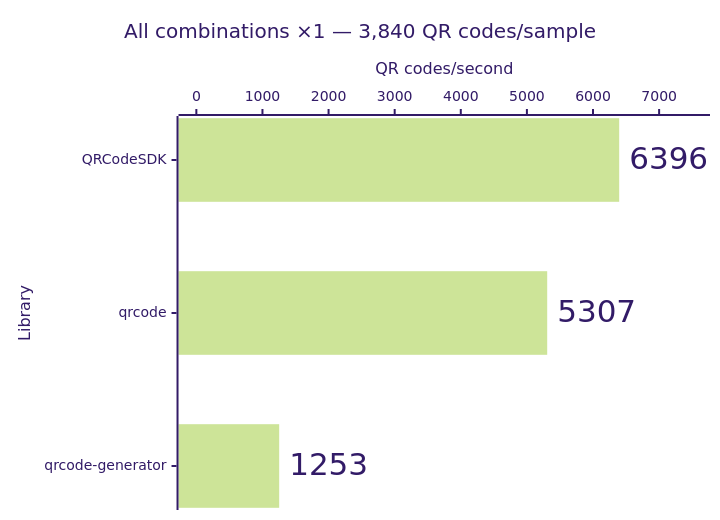
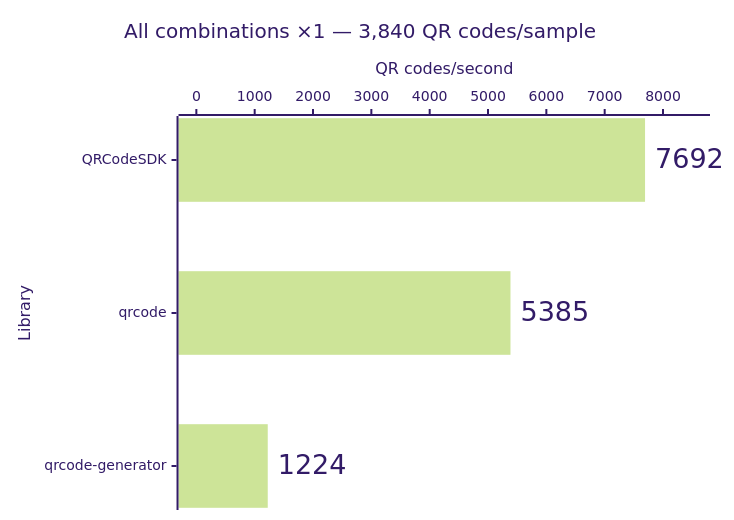
Before and after one commit to Dafnik/qrcodesdk: the fourth of 14 diagrams in apps/docs/src/content/docs/learn/performance.md, drawn with Mermaid (forest theme). The commit also changed other lines of this file, not shown here.

````diff
--- a/apps/docs/src/content/docs/learn/performance.md
+++ b/apps/docs/src/content/docs/learn/performance.md
@@ -77,15 +77,15 @@
 ```mermaid
 ---
 config:
   xyChart:
     showDataLabel: true
     showDataLabelOutsideBar: true
 ---
 xychart horizontal
   accTitle: Matrix generation: All combinations ×1 — 3,840 QR codes/sample
-  accDescr: Throughput calculated from median time. QRCodeSDK 6,396 QR codes per second, qrcode 5,307 QR codes per second, qrcode-generator 1,253 QR codes per second. Higher is better.
+  accDescr: Throughput calculated from median time. QRCodeSDK 7,692 QR codes per second, qrcode 5,385 QR codes per second, qrcode-generator 1,224 QR codes per second. Higher is better.
   title "All combinations ×1 — 3,840 QR codes/sample"
   x-axis "Library" ["QRCodeSDK", "qrcode", "qrcode-generator"]
-  y-axis "QR codes/second" 0 --> 7500
-  bar [6396, 5307, 1253]
+  y-axis "QR codes/second" 0 --> 8500
+  bar [7692, 5385, 1224]
 ```
````
